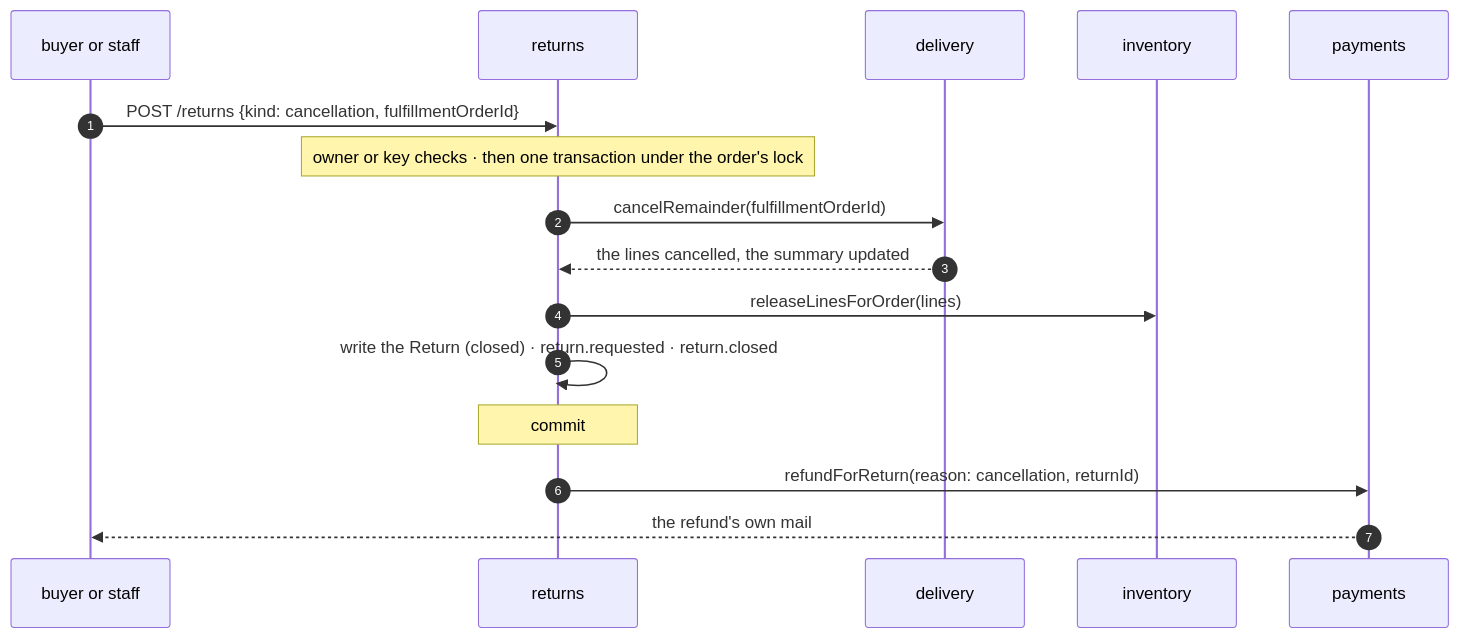
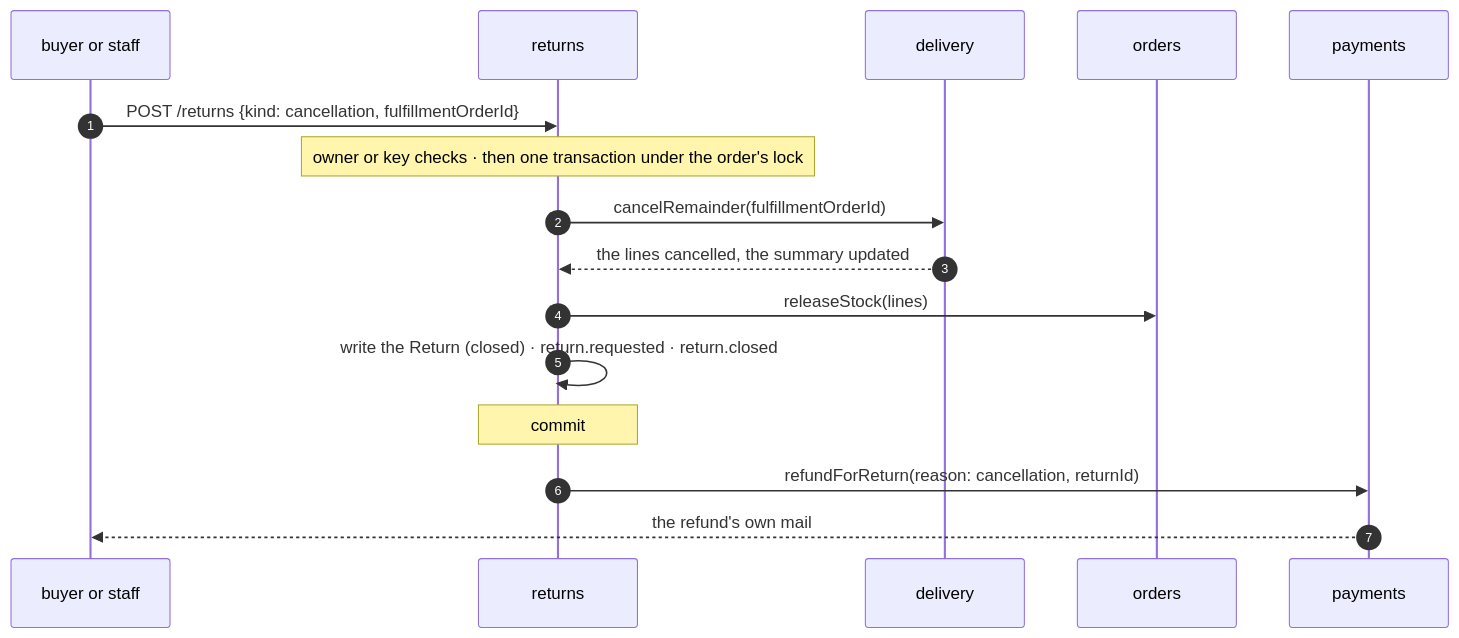
One commit to Guebbit/boilerplate-node-backend changed the fifth of 5 diagrams in docs/modules/returns.md. Above: the diagram before and after it, drawn with Mermaid. The commit also changed other lines of this file and 6 other files, not shown here.

First line of the commit message:
refactor(orders): drive an order's stock hold from orders, so payments and returns only ask

````diff
--- a/docs/modules/returns.md
+++ b/docs/modules/returns.md
@@ -339,18 +339,18 @@
 ```mermaid
 sequenceDiagram
     autonumber
     participant C as buyer or staff
     participant R as returns
     participant D as delivery
-    participant I as inventory
+    participant O as orders
     participant P as payments
     C->>R: POST /returns {kind: cancellation, fulfillmentOrderId}
     Note over R: owner or key checks · then one transaction under the order's lock
     R->>D: cancelRemainder(fulfillmentOrderId)
     D-->>R: the lines cancelled, the summary updated
-    R->>I: releaseLinesForOrder(lines)
+    R->>O: releaseStock(lines)
     R->>R: write the Return (closed) · return.requested · return.closed
     Note over R: commit
     R->>P: refundForReturn(reason: cancellation, returnId)
     P-->>C: the refund's own mail
 ```
````
